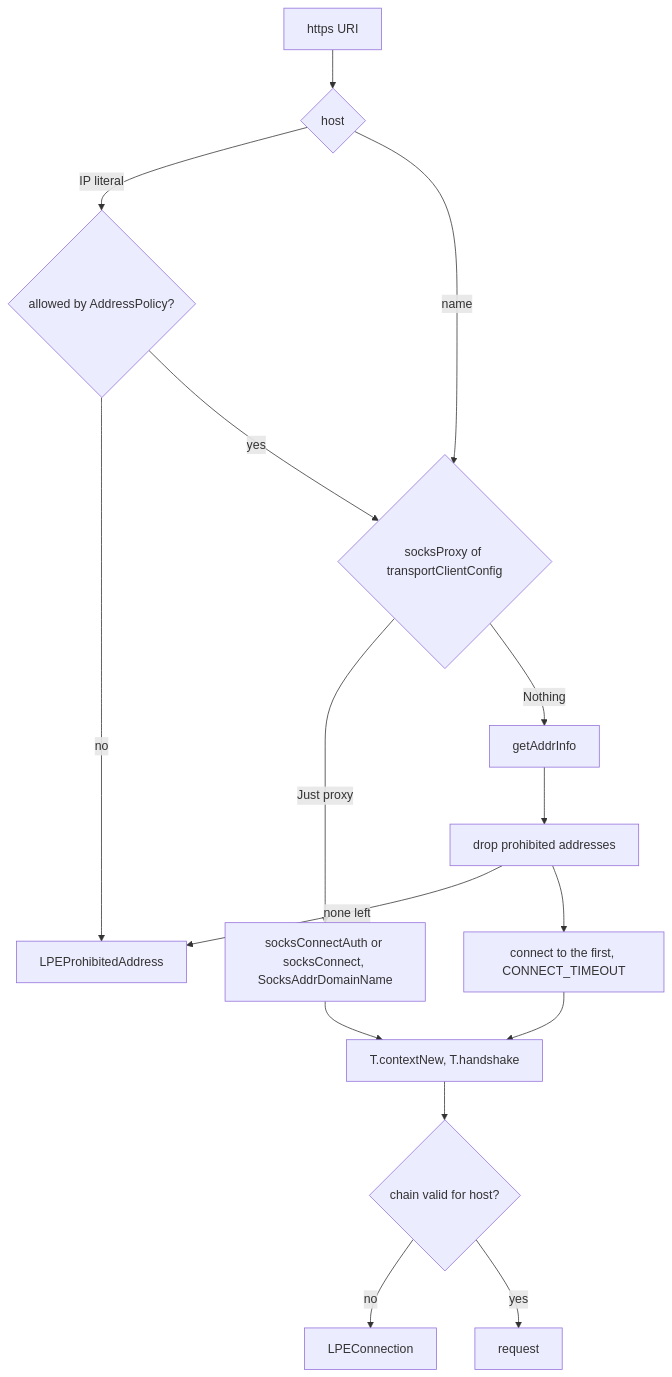
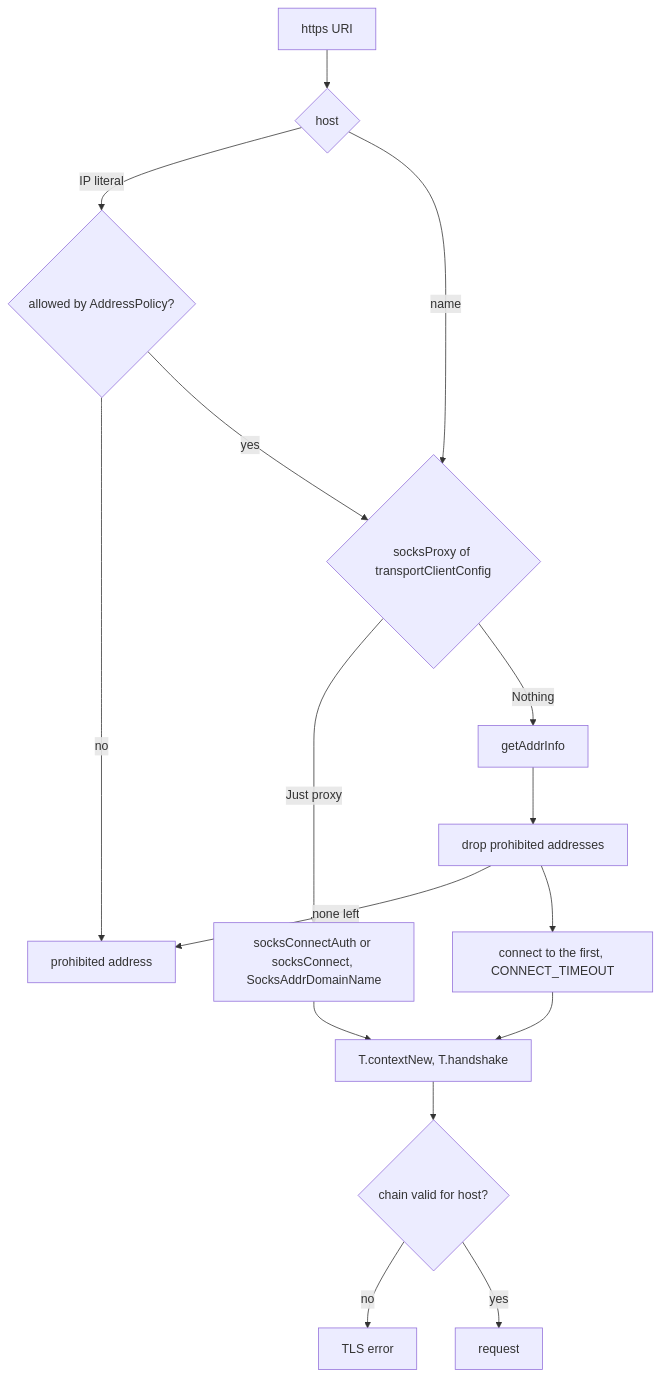
Before and after one commit to simplex-chat/simplex-chat: the fourth of 7 diagrams in plans/2026-11-21-link-previews-core.md, drawn with Mermaid. The commit also changed other lines of this file, not shown here.

````diff
--- a/plans/2026-11-21-link-previews-core.md
+++ b/plans/2026-11-21-link-previews-core.md
@@ -203,18 +183,18 @@
 ```mermaid
 flowchart TD
   U["https URI"] --> H{"host"}
   H -->|"IP literal"| L{"allowed by AddressPolicy?"}
-  L -->|no| X["LPEProhibitedAddress"]
+  L -->|no| X["prohibited address"]
   H -->|"name"| S
   L -->|yes| S{"socksProxy of transportClientConfig"}
   S -->|"Just proxy"| SP["socksConnectAuth or socksConnect, SocksAddrDomainName"]
   S -->|"Nothing"| D["getAddrInfo"]
   D --> F["drop prohibited addresses"]
   F -->|none left| X
   F --> TC["connect to the first, CONNECT_TIMEOUT"]
   SP --> TLS["T.contextNew, T.handshake"]
   TC --> TLS
   TLS --> V{"chain valid for host?"}
-  V -->|no| E["LPEConnection"]
+  V -->|no| E["TLS error"]
   V -->|yes| R["request"]
 ```
````
